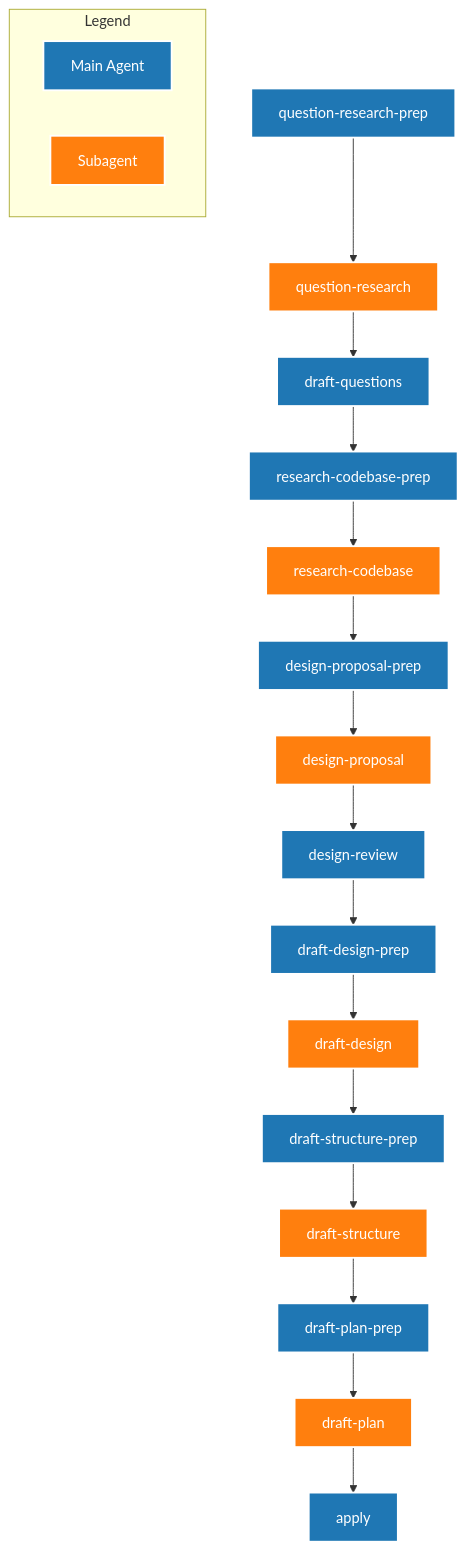
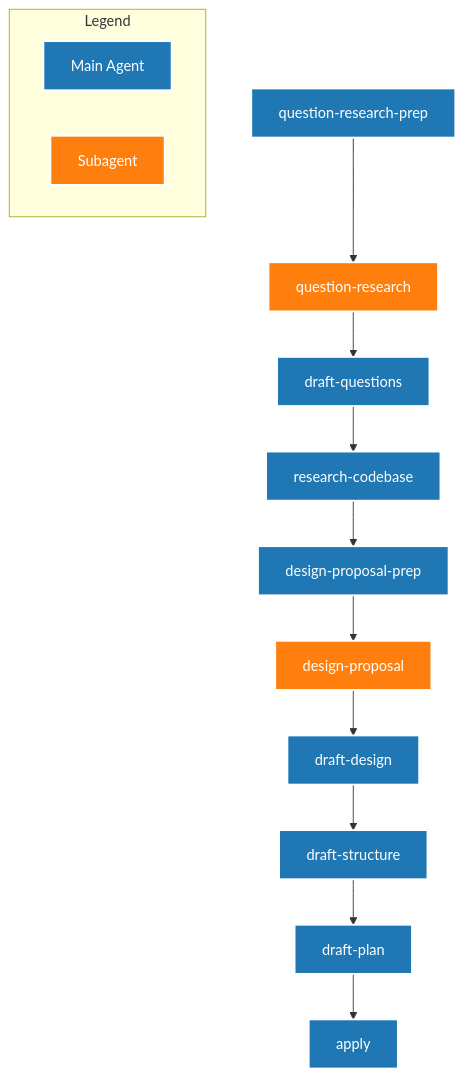
One commit to kmhalvin/openspec-schemas changed the diagram in openspec/schemas/qrspi/README.md. Above: the diagram before and after it, drawn with Mermaid. The commit also changed other lines of this file and 1 other file, not shown here.

````diff
--- a/openspec/schemas/qrspi/README.md
+++ b/openspec/schemas/qrspi/README.md
@@ -11,26 +11,21 @@
 ```mermaid
 graph TD
     classDef main fill:#1f77b4,stroke:#fff,stroke-width:2px,color:#fff;
     classDef sub fill:#ff7f0e,stroke:#fff,stroke-width:2px,color:#fff;
     
     %% Legend
     subgraph Legend
         MainAgent[Main Agent]:::main
         SubAgent[Subagent]:::sub
     end
 
     qrp[question-research-prep]:::main --> qr[question-research]:::sub
     qr --> dq[draft-questions]:::main
-    dq --> rcp[research-codebase-prep]:::main
-    rcp --> rc[research-codebase]:::sub
+    dq --> rc[research-codebase]:::main
     rc --> dpp[design-proposal-prep]:::main
     dpp --> dp[design-proposal]:::sub
-    dp --> dr[design-review]:::main
-    dr --> ddp[draft-design-prep]:::main
-    ddp --> dd[draft-design]:::sub
-    dd --> dsp[draft-structure-prep]:::main
-    dsp --> ds[draft-structure]:::sub
-    ds --> dplp[draft-plan-prep]:::main
-    dplp --> dpl[draft-plan]:::sub
+    dp --> dd[draft-design]:::main
+    dd --> ds[draft-structure]:::main
+    ds --> dpl[draft-plan]:::main
     dpl --> a[apply]:::main
 ```
````
